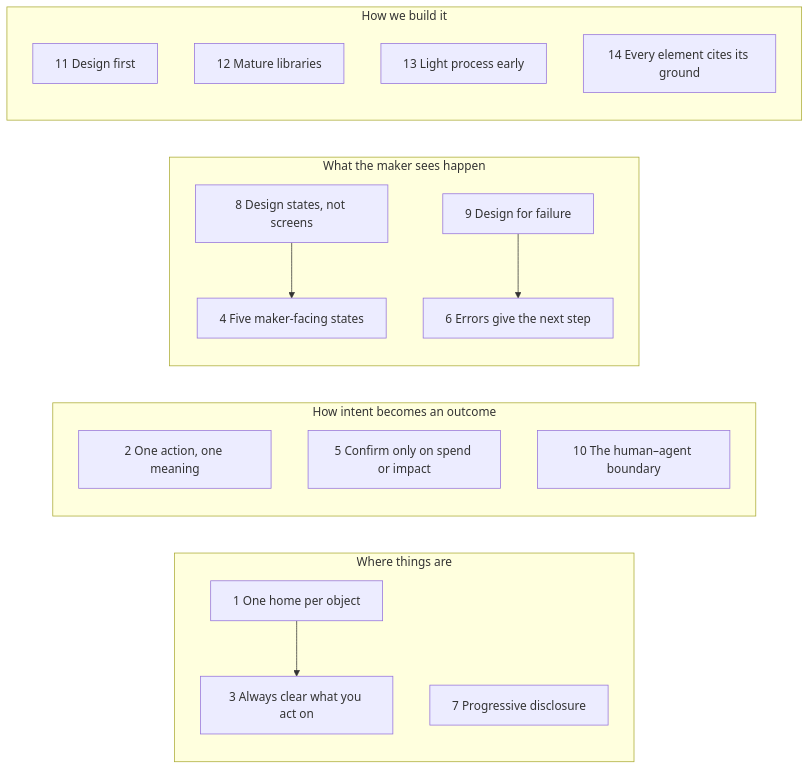
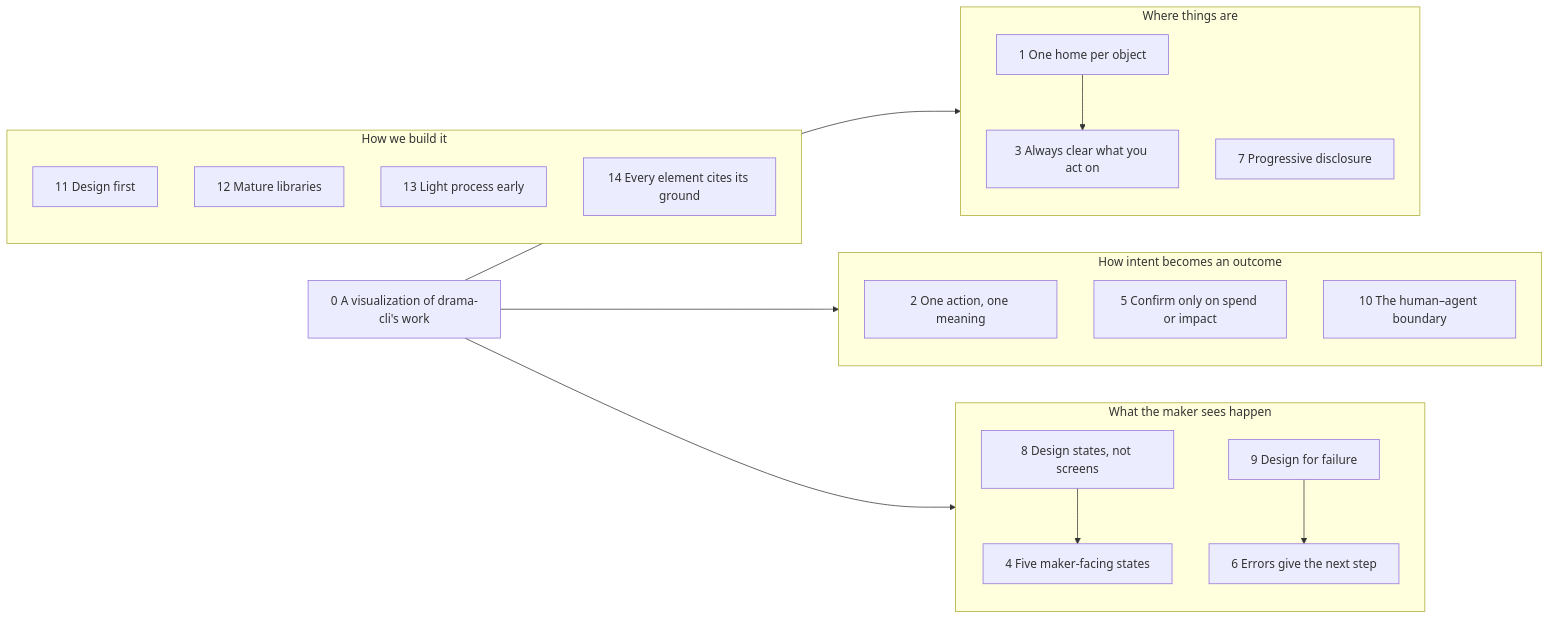
The first of 7 diagrams in docs/design-principles.md (PineComputer/open-pinedrama), drawn with Mermaid before and after one commit. The commit also changed other lines of this file and 1 other file, not shown here.

Commit message:
docs: D64 the studio is a visualization of drama-cli's work, the lead of the design principles

````diff
--- a/docs/design-principles.md
+++ b/docs/design-principles.md
@@ -52,28 +52,32 @@
 ```mermaid
 flowchart LR
+  P0[0 A visualization of drama-cli's work]
   subgraph Where["Where things are"]
     P1[1 One home per object]
     P3[3 Always clear what you act on]
     P7[7 Progressive disclosure]
   end
   subgraph How["How intent becomes an outcome"]
     P2[2 One action, one meaning]
     P5[5 Confirm only on spend or impact]
     P10[10 The human–agent boundary]
   end
   subgraph State["What the maker sees happen"]
     P4[4 Five maker-facing states]
     P8[8 Design states, not screens]
     P6[6 Errors give the next step]
     P9[9 Design for failure]
   end
   subgraph Making["How we build it"]
     P11[11 Design first]
     P12[12 Mature libraries]
     P13[13 Light process early]
     P14[14 Every element cites its ground]
   end
+  P0 --> Where
+  P0 --> How
+  P0 --> State
   P8 --> P4
   P9 --> P6
   P1 --> P3
 ```
````
